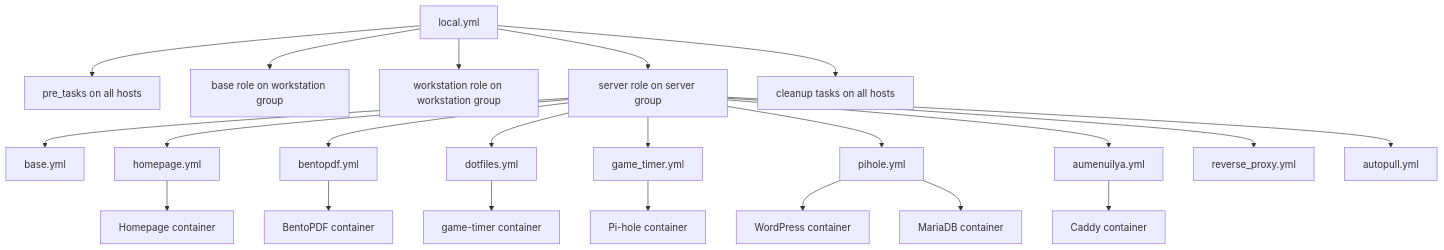
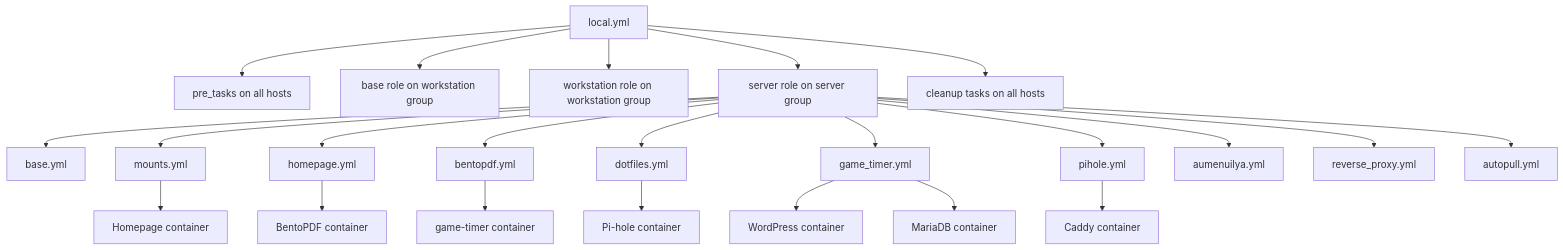
The diagram in ARCHITECTURE.md (djspatule/ansible-autoconfig), drawn with Mermaid before and after one commit. The commit also changed other lines of this file and 5 other files, not shown here.

````diff
--- a/ARCHITECTURE.md
+++ b/ARCHITECTURE.md
@@ -12,26 +12,27 @@
 ```mermaid
 flowchart TD
     A[local.yml] --> B[pre_tasks on all hosts]
     A --> C[base role on workstation group]
     A --> D[workstation role on workstation group]
     A --> E[server role on server group]
     A --> F[cleanup tasks on all hosts]
 
     E --> E1[base.yml]
-    E --> E2[homepage.yml]
-    E --> E3[bentopdf.yml]
-    E --> E4[dotfiles.yml]
-    E --> E5[game_timer.yml]
-    E --> E6[pihole.yml]
-    E --> E7[aumenuilya.yml]
-    E --> E8[reverse_proxy.yml]
-    E --> E9[autopull.yml]
+    E --> E2[mounts.yml]
+    E --> E3[homepage.yml]
+    E --> E4[bentopdf.yml]
+    E --> E5[dotfiles.yml]
+    E --> E6[game_timer.yml]
+    E --> E7[pihole.yml]
+    E --> E8[aumenuilya.yml]
+    E --> E9[reverse_proxy.yml]
+    E --> E10[autopull.yml]
 
     E7 --> G[Caddy container]
     E2 --> H[Homepage container]
     E3 --> I[BentoPDF container]
     E4 --> J[game-timer container]
     E5 --> K[Pi-hole container]
     E6 --> L[WordPress container]
     E6 --> M[MariaDB container]
 ```
````
